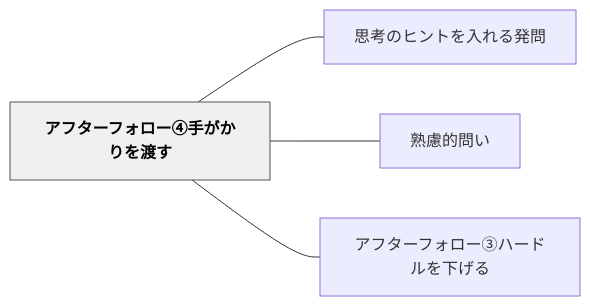
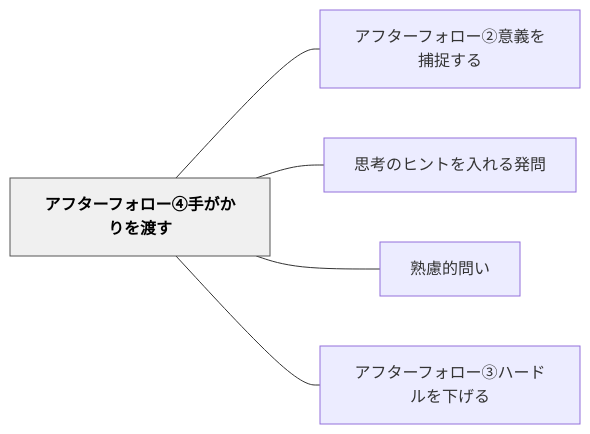
The diagram in content/パタン/アフターフォロー④手がかりを渡す.md (unknownthings-ed-patterns/unknownthings-ed-patterns), drawn with Mermaid before and after one commit. The commit also changed other lines of this file and 38 other files, not shown here.

````diff
--- a/content/パタン/アフターフォロー④手がかりを渡す.md
+++ b/content/パタン/アフターフォロー④手がかりを渡す.md
@@ -40,14 +41,16 @@
 ```mermaid
 flowchart LR
     ne382a2e38395e382bfe383bce38395e382a9e383ade383bce291a3e6898be3818ce3818be3828ae38292e6b8a1e38199["アフターフォロー④手がかりを渡す"]
+    ne382a2e38395e382bfe383bce38395e382a9e383ade383bce291a1e6848fe7bea9e38292e68d95e68d89e38199e3828b["アフターフォロー②意義を捕捉する"]
     ne6809de88083e381aee38392e383b3e38388e38292e585a5e3828ce3828be799bae5958f["思考のヒントを入れる発問"]
     ne7869fe685aee79a84e5958fe38184["熟慮的問い"]
     ne382a2e38395e382bfe383bce38395e382a9e383ade383bce291a2e3838fe383bce38389e383abe38292e4b88be38192e3828b["アフターフォロー③ハードルを下げる"]
 
+    ne382a2e38395e382bfe383bce38395e382a9e383ade383bce291a3e6898be3818ce3818be3828ae38292e6b8a1e38199 --- ne382a2e38395e382bfe383bce38395e382a9e383ade383bce291a1e6848fe7bea9e38292e68d95e68d89e38199e3828b
     ne382a2e38395e382bfe383bce38395e382a9e383ade383bce291a3e6898be3818ce3818be3828ae38292e6b8a1e38199 --- ne6809de88083e381aee38392e383b3e38388e38292e585a5e3828ce3828be799bae5958f
     ne382a2e38395e382bfe383bce38395e382a9e383ade383bce291a3e6898be3818ce3818be3828ae38292e6b8a1e38199 --- ne7869fe685aee79a84e5958fe38184
     ne382a2e38395e382bfe383bce38395e382a9e383ade383bce291a3e6898be3818ce3818be3828ae38292e6b8a1e38199 --- ne382a2e38395e382bfe383bce38395e382a9e383ade383bce291a2e3838fe383bce38389e383abe38292e4b88be38192e3828b
 
     classDef hub fill:#f0f0f0,stroke:#555,color:#000,font-weight:bold
     class ne382a2e38395e382bfe383bce38395e382a9e383ade383bce291a3e6898be3818ce3818be3828ae38292e6b8a1e38199 hub
 ```
````
